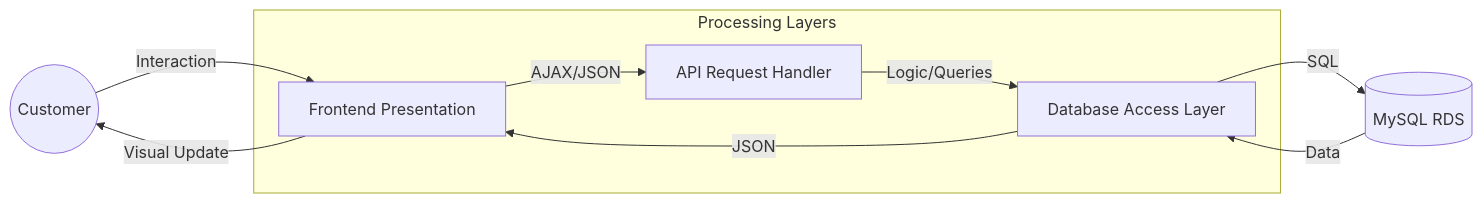
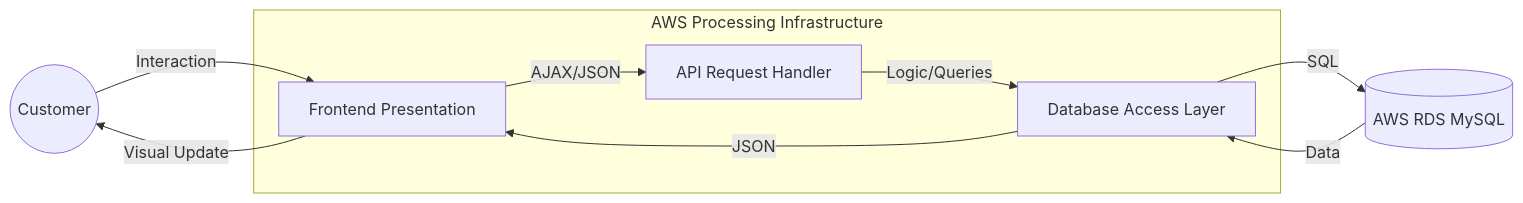
The sixth of 7 diagrams in BakeryProject_new-main/Containerized Bakery Web Application/README.md (siddheshsomvanshi1/Bakery_Project_Docker_K8S), drawn with Mermaid before and after one commit. The commit also changed other lines of this file and 1 other file, not shown here.

````diff
--- a/BakeryProject_new-main/Containerized Bakery Web Application/README.md
+++ b/BakeryProject_new-main/Containerized Bakery Web Application/README.md
@@ -150,20 +163,20 @@
 ```mermaid
 graph LR
     User((Customer))
     
-    subgraph "Processing Layers"
+    subgraph "AWS Processing Infrastructure"
         P1[Frontend Presentation]
         P2[API Request Handler]
         P3[Database Access Layer]
     end
     
-    Storage[(MySQL RDS)]
+    Storage[(AWS RDS MySQL)]
     
     User -- Interaction --> P1
     P1 -- AJAX/JSON --> P2
     P2 -- Logic/Queries --> P3
     P3 -- SQL --> Storage
     Storage -- Data --> P3
     P3 -- JSON --> P1
     P1 -- Visual Update --> User
 ```
````
